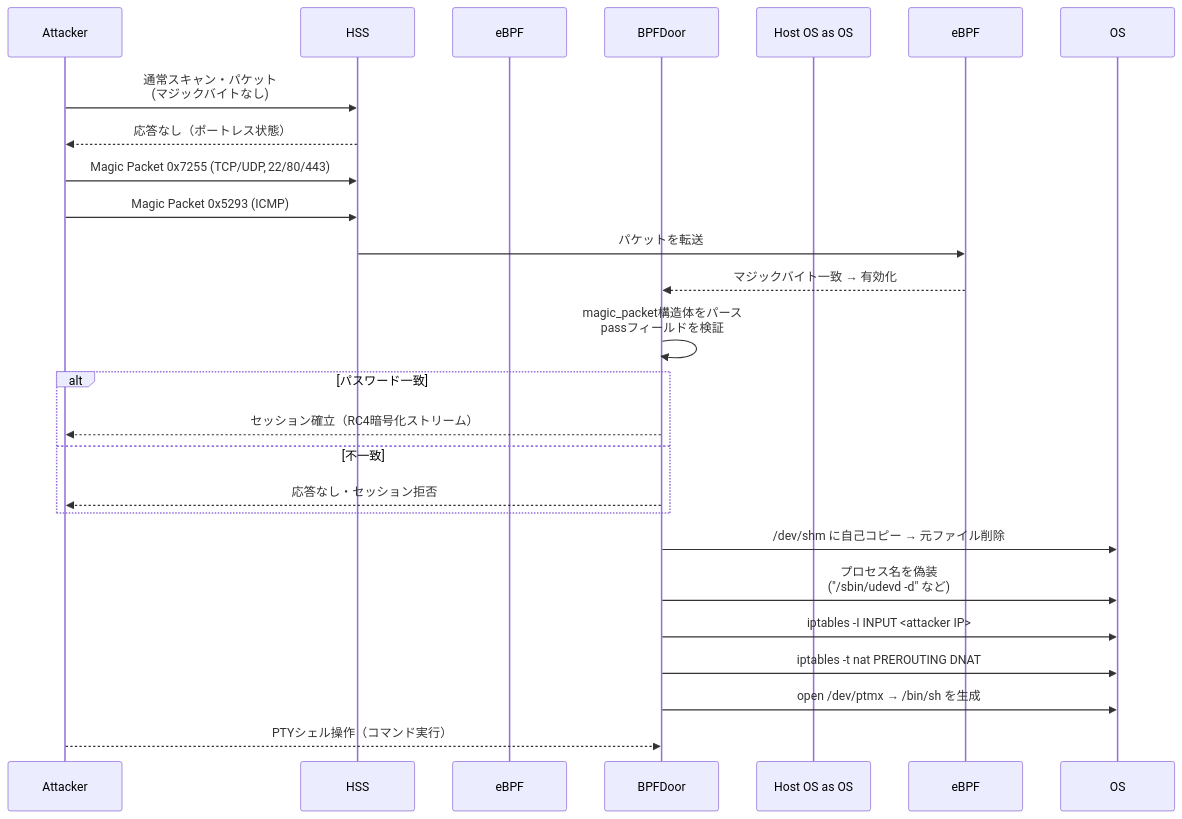
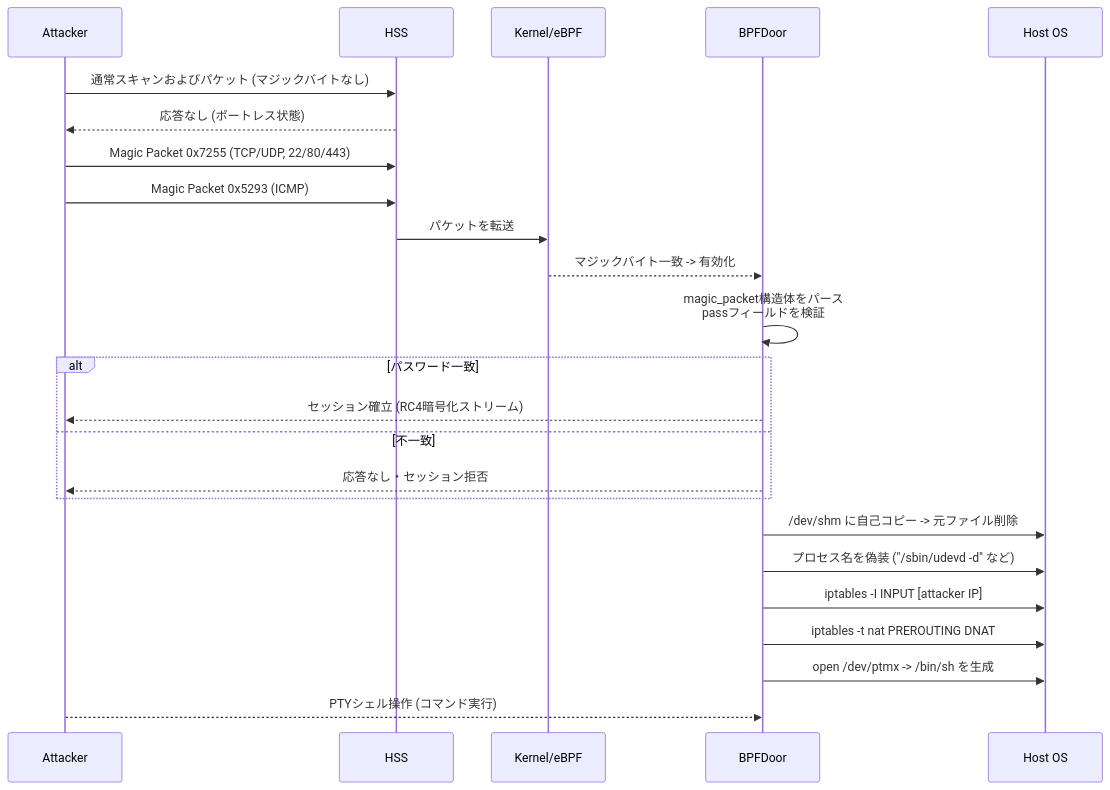
The diagram in content/ja/respond/bpfdoor.md (qubitsec/blog), drawn with Mermaid before and after one commit.

Commit message:
Refactor sequence diagram for clarity and consistency

````diff
--- a/content/ja/respond/bpfdoor.md
+++ b/content/ja/respond/bpfdoor.md
@@ -64,33 +64,33 @@
 ```mermaid
 sequenceDiagram
     %% Participants
     participant Attacker
     participant HSS
-    participant Kernel/eBPF as eBPF
+    participant eBPF as Kernel/eBPF
     participant BPFDoor
-    participant Host OS as OS
+    participant OS as Host OS
 
-    %% ① マジックバイト & マルチプロトコル
-    Attacker->>HSS: 通常スキャン・パケット<br/>(マジックバイトなし)
-    HSS-->>Attacker: 応答なし（ポートレス状態）
-    Attacker->>HSS: Magic Packet 0x7255 (TCP/UDP, 22/80/443)
+    %% 1. マジックバイト & マルチプロトコル
+    Attacker->>HSS: 通常スキャンおよびパケット (マジックバイトなし)
+    HSS-->>Attacker: 応答なし (ポートレス状態)
+    Attacker->>HSS: Magic Packet 0x7255 (TCP/UDP, 22/80/443)
     Attacker->>HSS: Magic Packet 0x5293 (ICMP)
     HSS->>eBPF: パケットを転送
-    eBPF-->>BPFDoor: マジックバイト一致 → 有効化
+    eBPF-->>BPFDoor: マジックバイト一致 -> 有効化
 
-    %% ② RC4暗号化・パスワード認証
+    %% 2. RC4暗号化・パスワード認証
     BPFDoor->>BPFDoor: magic_packet構造体をパース<br/>passフィールドを検証
     alt パスワード一致
-        BPFDoor-->>Attacker: セッション確立（RC4暗号化ストリーム）
+        BPFDoor-->>Attacker: セッション確立 (RC4暗号化ストリーム)
     else 不一致
         BPFDoor-->>Attacker: 応答なし・セッション拒否
     end
 
-    %% ③ 隠蔽・持続化フェーズ
-    BPFDoor->>OS: /dev/shm に自己コピー → 元ファイル削除
-    BPFDoor->>OS: プロセス名を偽装<br/>("/sbin/udevd -d" など)
-    BPFDoor->>OS: iptables -I INPUT <attacker IP>
+    %% 3. 隠蔽・持続化フェーズ
+    BPFDoor->>OS: /dev/shm に自己コピー -> 元ファイル削除
+    BPFDoor->>OS: プロセス名を偽装 ("/sbin/udevd -d" など)
+    BPFDoor->>OS: iptables -I INPUT [attacker IP]
     BPFDoor->>OS: iptables -t nat PREROUTING DNAT
-    BPFDoor->>OS: open /dev/ptmx → /bin/sh を生成
-    Attacker-->>BPFDoor: PTYシェル操作（コマンド実行）
+    BPFDoor->>OS: open /dev/ptmx -> /bin/sh を生成
+    Attacker-->>BPFDoor: PTYシェル操作 (コマンド実行)
 ```
````
